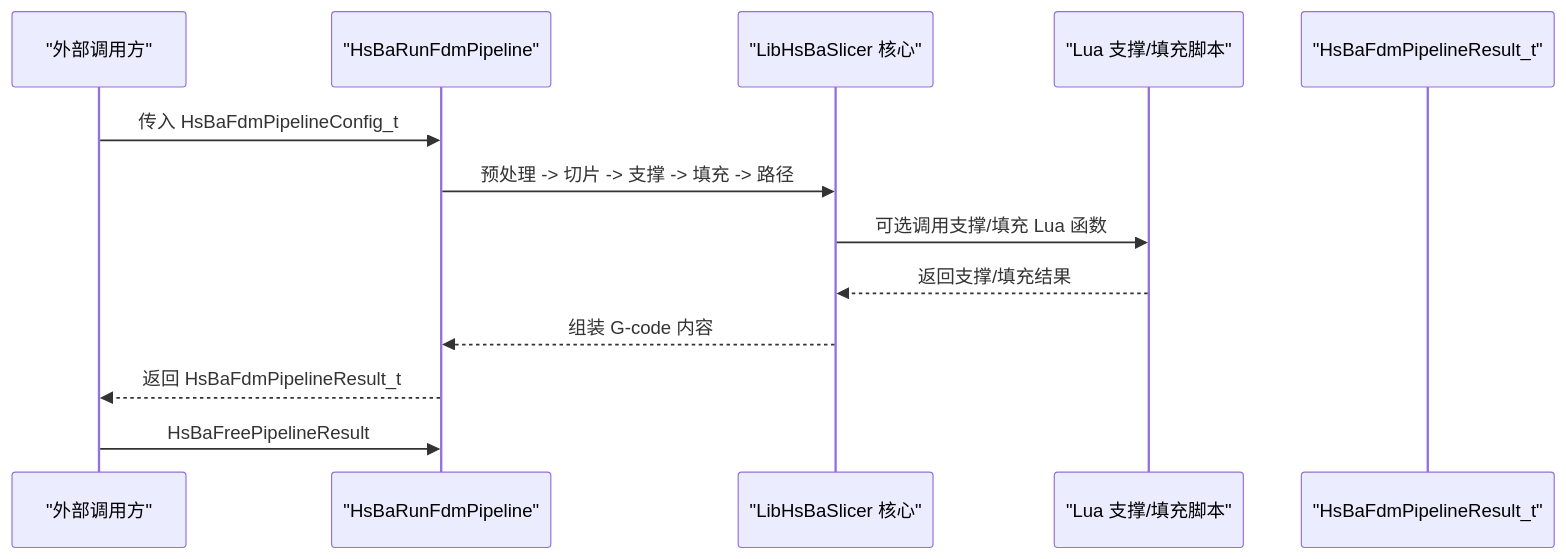
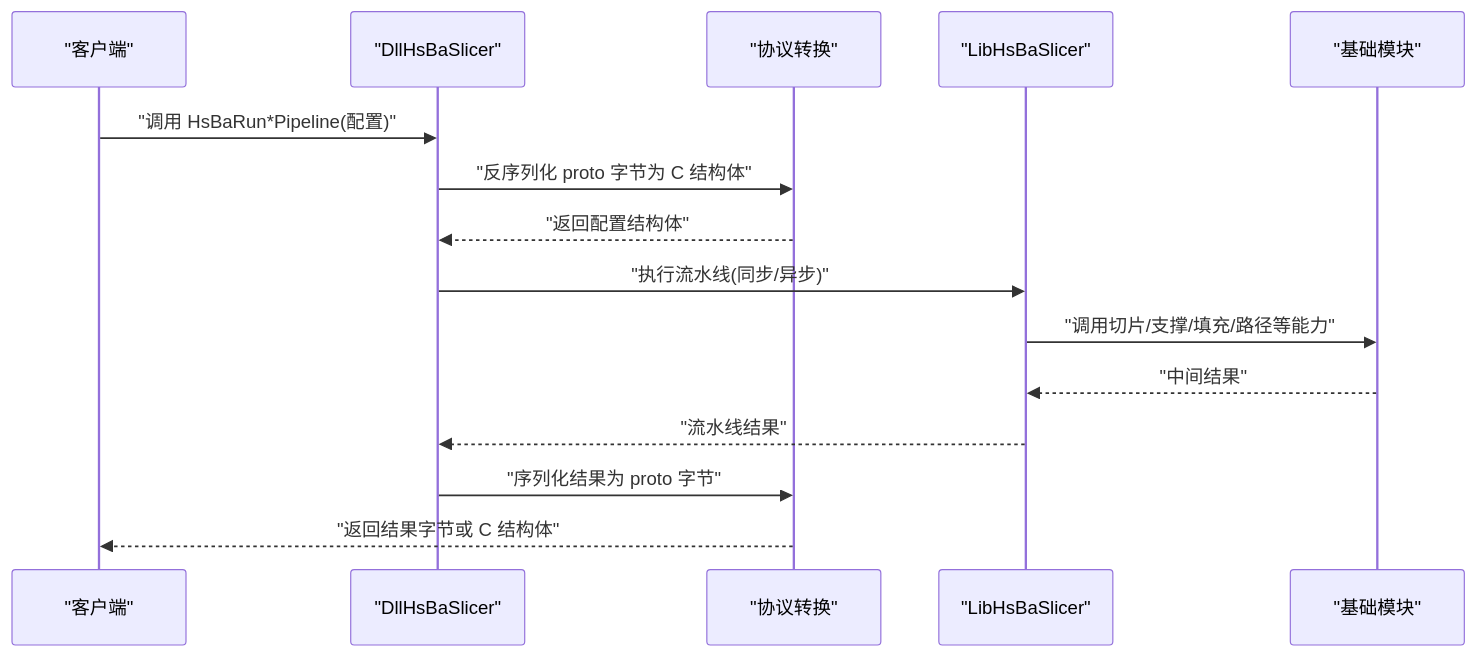
Before and after one commit to hsmbanlance/HsBaSlicer: the second of 8 diagrams in .qoder/repowiki/zh/content/架构总览.md, drawn with Mermaid. The commit also changed other lines of this file and 1095 other files, not shown here.

````diff
--- a/.qoder/repowiki/zh/content/架构总览.md
+++ b/.qoder/repowiki/zh/content/架构总览.md
@@ -164,15 +102,17 @@
 ```mermaid
 sequenceDiagram
-participant Client as "外部调用方"
-participant FDM as "HsBaRunFdmPipeline"
-participant Core as "LibHsBaSlicer 核心"
-participant Lua as "Lua 支撑/填充脚本"
-participant Result as "HsBaFdmPipelineResult_t"
-Client->>FDM : 传入 HsBaFdmPipelineConfig_t
-FDM->>Core : 预处理 -> 切片 -> 支撑 -> 填充 -> 路径
-Core->>Lua : 可选调用支撑/填充 Lua 函数
-Lua-->>Core : 返回支撑/填充结果
-Core-->>FDM : 组装 G-code 内容
-FDM-->>Client : 返回 HsBaFdmPipelineResult_t
-Client->>FDM : HsBaFreePipelineResult
+participant Client as "客户端"
+participant Dll as "DllHsBaSlicer"
+participant Convert as "协议转换"
+participant Lib as "LibHsBaSlicer"
+participant Core as "基础模块"
+Client->>Dll : "调用 HsBaRun*Pipeline(配置)"
+Dll->>Convert : "反序列化 proto 字节为 C 结构体"
+Convert-->>Dll : "返回配置结构体"
+Dll->>Lib : "执行流水线(同步/异步)"
+Lib->>Core : "调用切片/支撑/填充/路径等能力"
+Core-->>Lib : "中间结果"
+Lib-->>Dll : "流水线结果"
+Dll->>Convert : "序列化结果为 proto 字节"
+Convert-->>Client : "返回结果字节或 C 结构体"
 ```
````
